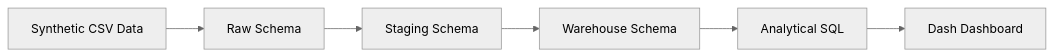
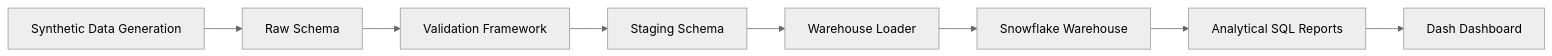
One commit to iSuckAtCodingStuff/vfx-production-analytics-platform changed the diagram in README.md. Above: the diagram before and after it, drawn with Mermaid (neutral theme). The commit also changed other lines of this file and 3 other files, not shown here.

Commit message:
Added Why section for the schema selection

````diff
--- a/README.md
+++ b/README.md
@@ -143,8 +97,19 @@
-``` mermaid
+```mermaid
 flowchart LR
-A[Synthetic CSV Data] --> B[Raw Schema]
-B --> C[Staging Schema]
-C --> D[Warehouse Schema]
-D --> E[Analytical SQL]
-E --> F[Dash Dashboard]
+
+A[Synthetic Data Generation]
+
+--> B[Raw Schema]
+
+--> C[Validation Framework]
+
+--> D[Staging Schema]
+
+--> E[Warehouse Loader]
+
+--> F[Snowflake Warehouse]
+
+--> G[Analytical SQL Reports]
+
+--> H[Dash Dashboard]
 ```
````
